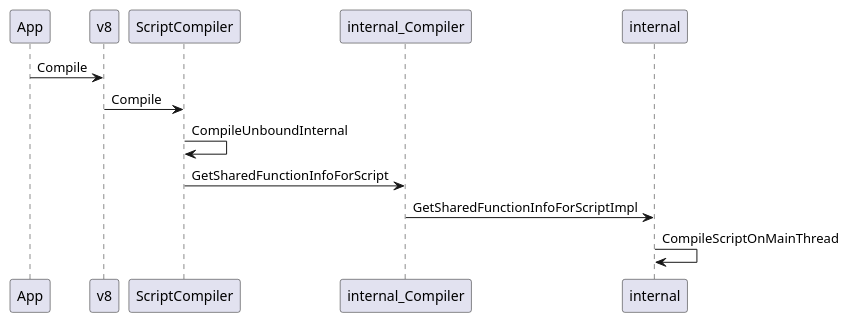
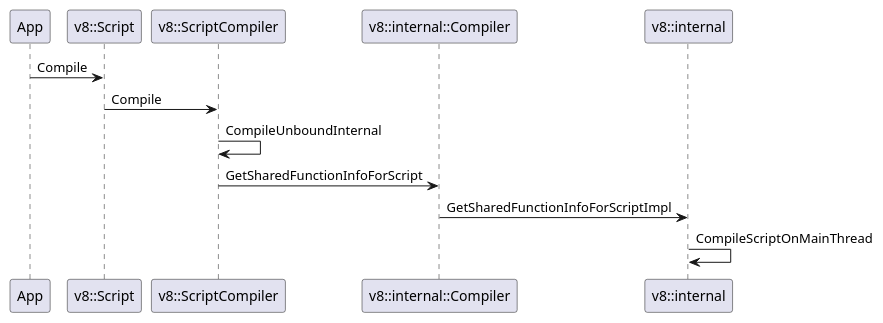
The diagram in docs/v8.puml (lusing/misc), drawn with PlantUML before and after one commit.

```diff
--- a/docs/v8.puml
+++ b/docs/v8.puml
@@ -1,8 +1,13 @@
 @startuml
-App -> v8 : Compile
-v8 -> ScriptCompiler : Compile
-ScriptCompiler -> ScriptCompiler : CompileUnboundInternal
-ScriptCompiler -> internal_Compiler : GetSharedFunctionInfoForScript
+participant App
+participant "v8::Script" as v8_script
+participant "v8::ScriptCompiler" as v8_scriptCompiler
+participant "v8::internal::Compiler" as internal_Compiler
+participant "v8::internal" as internal
+App -> v8_script : Compile
+v8_script -> v8_scriptCompiler : Compile
+v8_scriptCompiler -> v8_scriptCompiler : CompileUnboundInternal
+v8_scriptCompiler -> internal_Compiler : GetSharedFunctionInfoForScript
 internal_Compiler -> internal : GetSharedFunctionInfoForScriptImpl
 internal -> internal : CompileScriptOnMainThread
 @enduml
```
